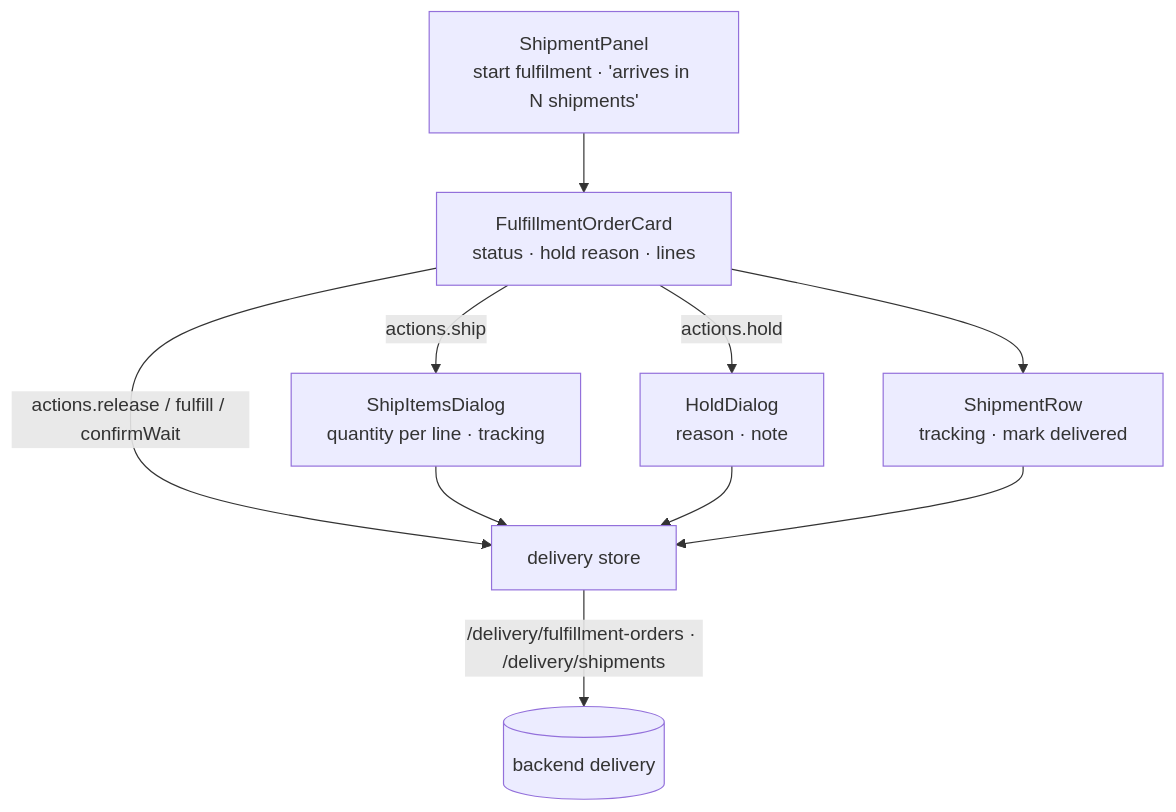
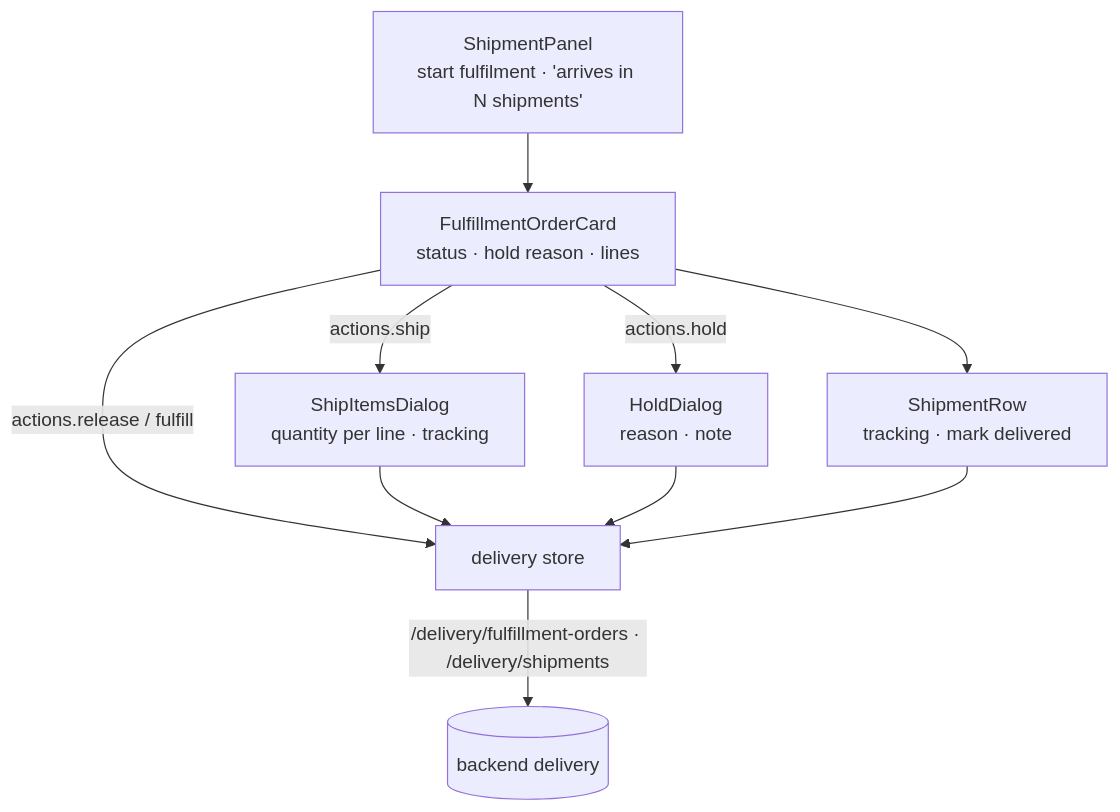
Before and after one commit to Guebbit/boilerplate-vue-frontend: the second of 2 diagrams in docs/modules/delivery.md, drawn with Mermaid. The commit also changed other lines of this file and 43 other files, not shown here.

````diff
--- a/docs/modules/delivery.md
+++ b/docs/modules/delivery.md
@@ -79,12 +79,12 @@
 ```mermaid
 flowchart TD
     panel["ShipmentPanel<br/>start fulfilment · 'arrives in N shipments'"] --> card["FulfillmentOrderCard<br/>status · hold reason · lines"]
     card --> row["ShipmentRow<br/>tracking · mark delivered"]
     card -- "actions.ship" --> ship["ShipItemsDialog<br/>quantity per line · tracking"]
     card -- "actions.hold" --> hold["HoldDialog<br/>reason · note"]
-    card -- "actions.release / fulfill / confirmWait" --> store
+    card -- "actions.release / fulfill" --> store
     ship --> store["delivery store"]
     hold --> store
     row --> store
     store -->|"/delivery/fulfillment-orders · /delivery/shipments"| api[("backend delivery")]
 ```
````
